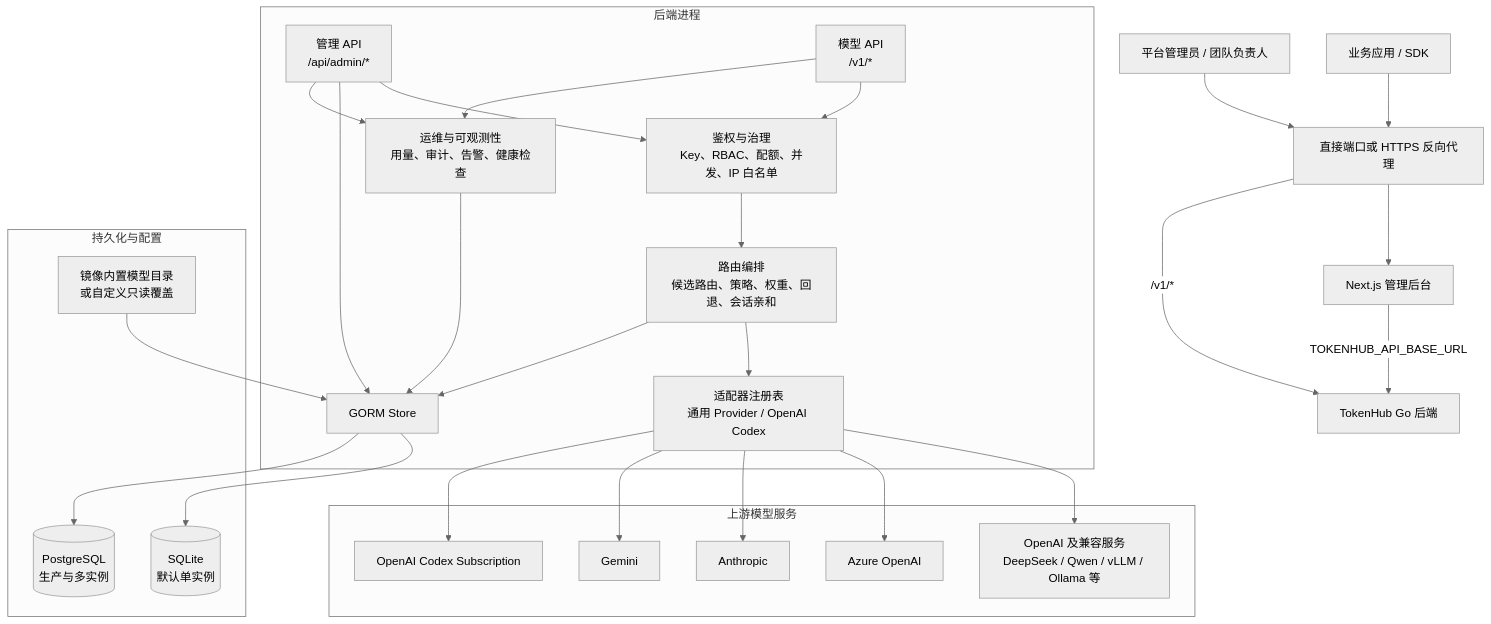
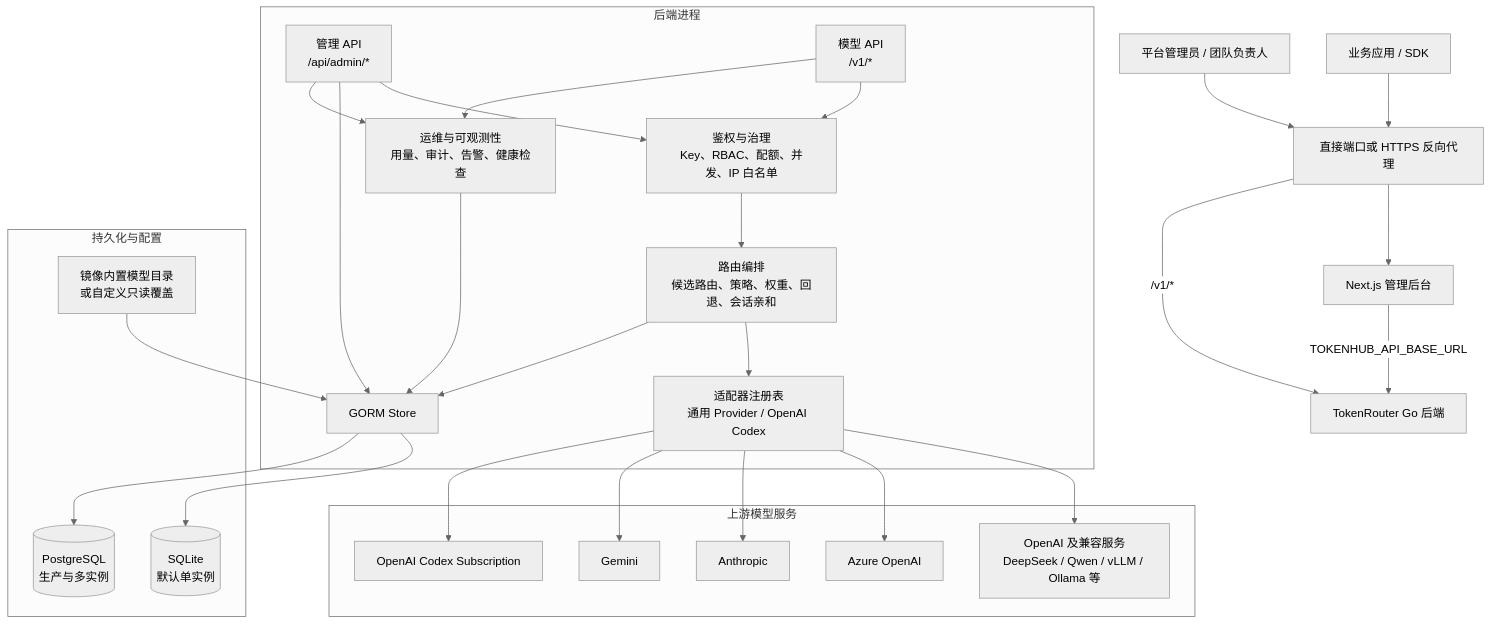
One commit to GalaxyForgeAI/TokenRouter changed the first of 3 diagrams in docs/zh-CN/architecture.md. Above: the diagram before and after it, drawn with Mermaid (neutral theme). The commit also changed other lines of this file and 110 other files, not shown here.

First line of the commit message:
Rebrand TokenHub → TokenRouter 炬枢 + UI redesign (React Bits + design system)

````diff
--- a/docs/zh-CN/architecture.md
+++ b/docs/zh-CN/architecture.md
@@ -11,51 +11,51 @@
 ```mermaid
 flowchart TB
     admin["平台管理员 / 团队负责人"]
     app["业务应用 / SDK"]
     ingress["直接端口或 HTTPS 反向代理"]
     frontend["Next.js 管理后台"]
-    backend["TokenHub Go 后端"]
+    backend["TokenRouter Go 后端"]
 
     subgraph backendProcess["后端进程"]
         adminApi["管理 API\n/api/admin/*"]
         modelApi["模型 API\n/v1/*"]
         governance["鉴权与治理\nKey、RBAC、配额、并发、IP 白名单"]
         routing["路由编排\n候选路由、策略、权重、回退、会话亲和"]
         adapters["适配器注册表\n通用 Provider / OpenAI Codex"]
         operations["运维与可观测性\n用量、审计、告警、健康检查"]
         store["GORM Store"]
 
         adminApi --> governance
         adminApi --> store
         modelApi --> governance --> routing --> adapters
         modelApi --> operations --> store
         adminApi --> operations
         routing --> store
     end
 
     subgraph persistence["持久化与配置"]
         sqlite[("SQLite\n默认单实例")]
         postgres[("PostgreSQL\n生产与多实例")]
         catalog["镜像内置模型目录\n或自定义只读覆盖"]
     end
 
     subgraph upstream["上游模型服务"]
         compatible["OpenAI 及兼容服务\nDeepSeek / Qwen / vLLM / Ollama 等"]
         azure["Azure OpenAI"]
         anthropic["Anthropic"]
         gemini["Gemini"]
         codex["OpenAI Codex Subscription"]
     end
 
     admin --> ingress --> frontend
     frontend -->|"TOKENHUB_API_BASE_URL"| backend
     app --> ingress -->|"/v1/*"| backend
     adapters --> compatible
     adapters --> azure
     adapters --> anthropic
     adapters --> gemini
     adapters --> codex
     store --> sqlite
     store --> postgres
     catalog --> store
 ```
````
